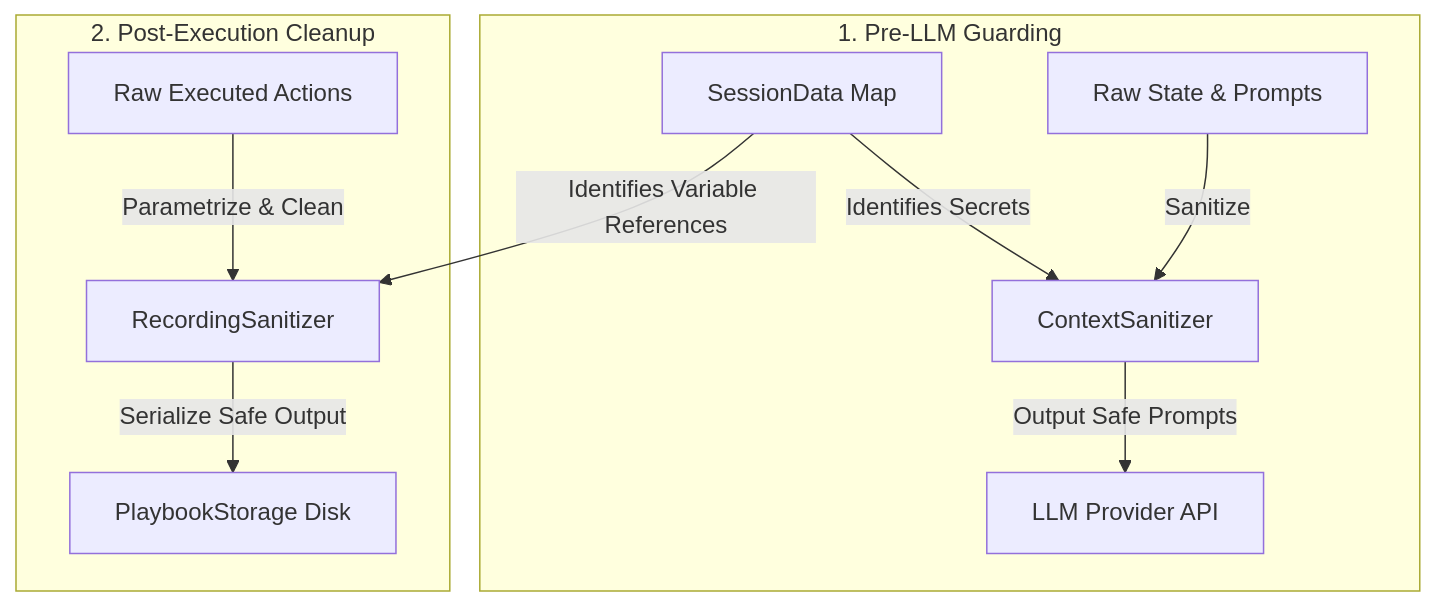
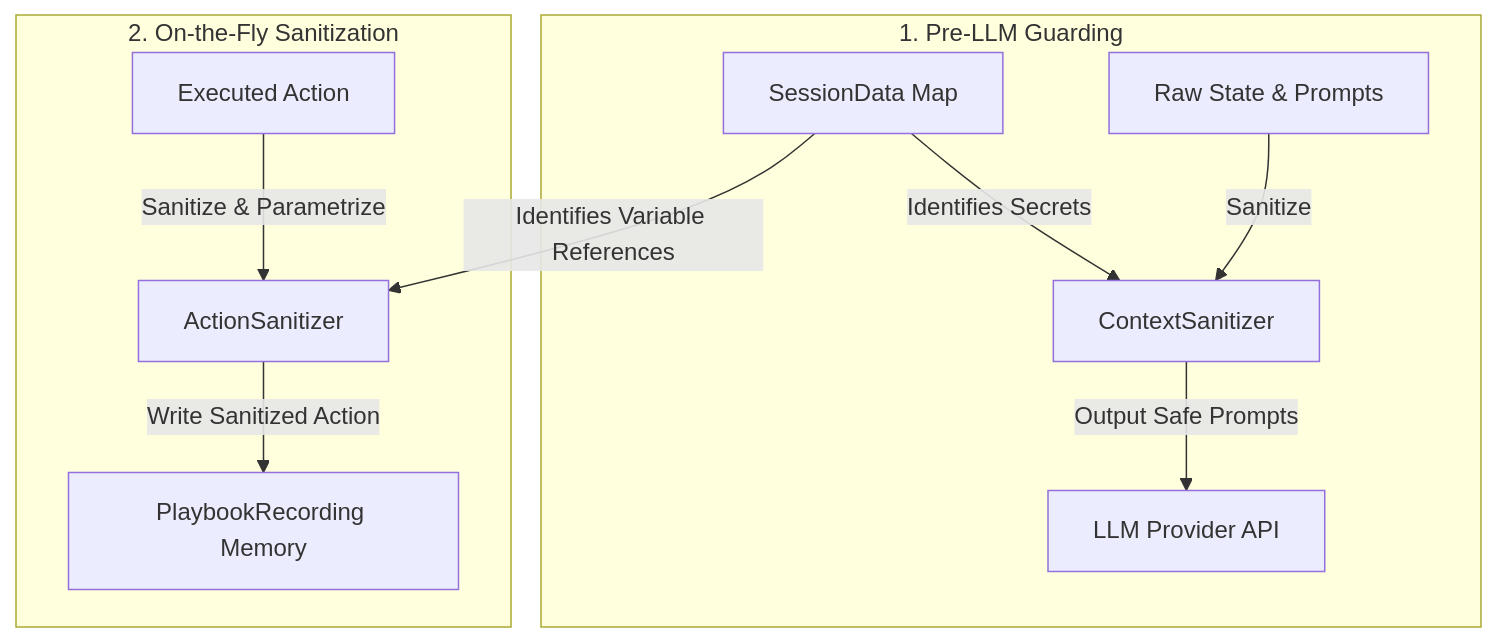
Before and after one commit to Xceptance/neodymium: the seventh of 10 diagrams in doc/redesign-v2/architecture.md, drawn with Mermaid. The commit also changed other lines of this file, not shown here.

Commit message:
docs: align architecture spec with user feedback on recovery and sanitization

````diff
--- a/doc/redesign-v2/architecture.md
+++ b/doc/redesign-v2/architecture.md
@@ -691,14 +844,14 @@
 ```mermaid
 graph TD
     subgraph 1. Pre-LLM Guarding
         RawContext[Raw State & Prompts] -->|Sanitize| ContextSanitizer[ContextSanitizer]
         SessionData[SessionData Map] -->|Identifies Secrets| ContextSanitizer
         ContextSanitizer -->|Output Safe Prompts| LLM[LLM Provider API]
     end
 
-    subgraph 2. Post-Execution Cleanup
-        RecordedActions[Raw Executed Actions] -->|Parametrize & Clean| RecordingSanitizer[RecordingSanitizer]
-        SessionData -->|Identifies Variable References| RecordingSanitizer
-        RecordingSanitizer -->|Serialize Safe Output| PlaybookStorage[PlaybookStorage Disk]
+    subgraph 2. On-the-Fly Sanitization
+        RawAction[Executed Action] -->|Sanitize & Parametrize| ActionSanitizer[ActionSanitizer]
+        SessionData -->|Identifies Variable References| ActionSanitizer
+        ActionSanitizer -->|Write Sanitized Action| PlaybookRecording[PlaybookRecording Memory]
     end
 ```
````
